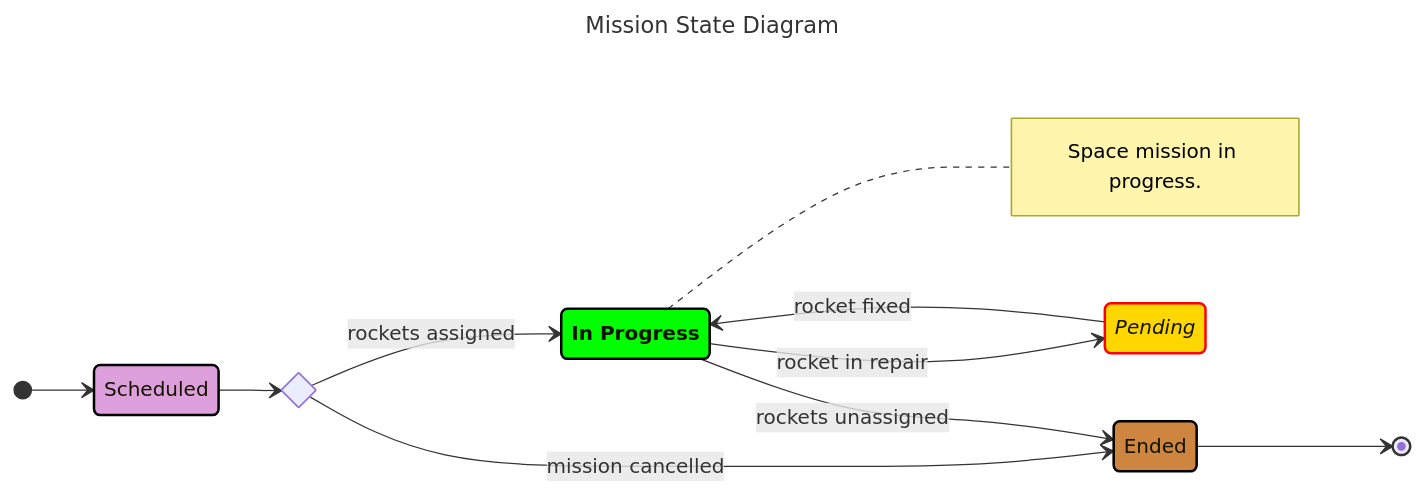
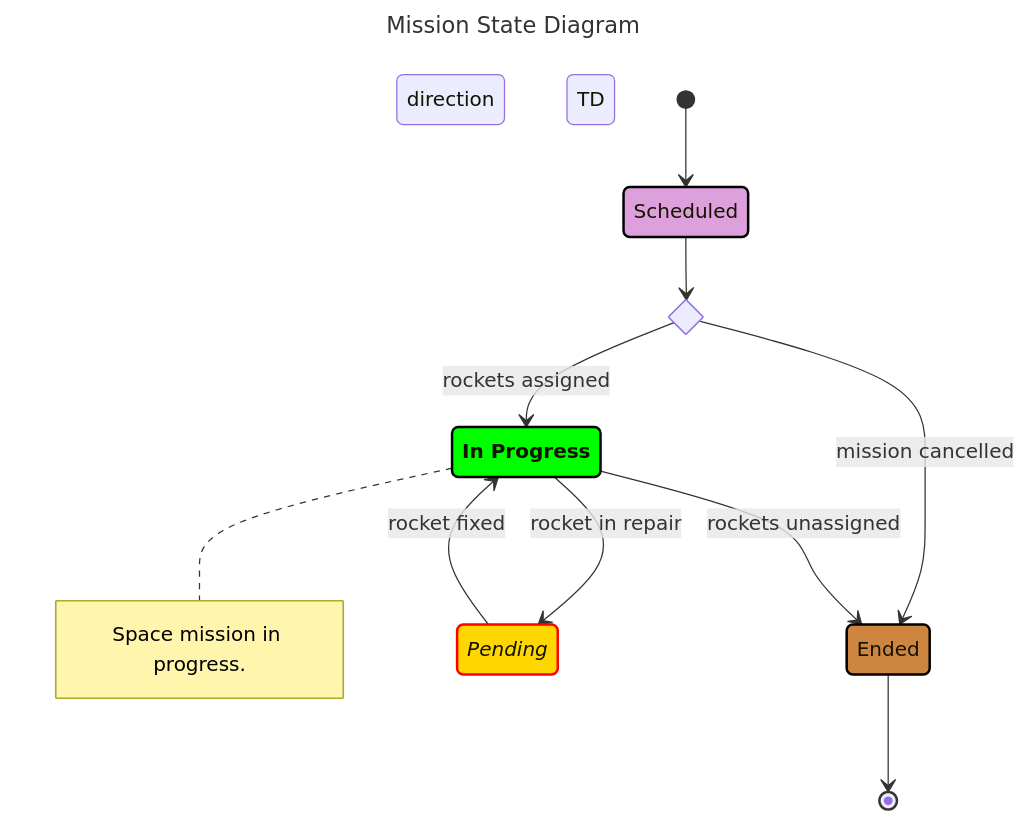
One commit to Ee-Cs/RecruitmentTaskS2 changed the second of 3 diagrams in docs/README.md. Above: the diagram before and after it, drawn with Mermaid.

````diff
--- a/docs/README.md
+++ b/docs/README.md
@@ -47,33 +47,33 @@
 ```mermaid
 ---
 title: Mission State Diagram
 ---
 stateDiagram
-direction LR
+direction TD
 
 %% State definitions
 state "Scheduled" as SCH
 state CHO <<choice>>
 state "In Progress" as PRG
 note right of PRG
   Space mission in progress.
 end note
 state "Pending" as PND
 state "Ended" as END
 
 %% Transitions
 [*] --> SCH:::schedClass
 SCH --> CHO
 CHO --> PRG:::progClass : rockets assigned
 CHO --> END:::endClass : mission cancelled
 PRG --> PND:::pendClass : rocket in repair
 PND --> PRG : rocket fixed
 PRG --> END : rockets unassigned
 END --> [*]
 
 %% Style definitions
 classDef schedClass fill: plum, stroke: #000, stroke-width: 2px
 classDef progClass fill: lime, stroke: #000, stroke-width: 2px,font-weight:bold
 classDef pendClass fill: gold, stroke: #000, stroke-width: 2px, font-style:italic,stroke-width:2px,stroke:red
 classDef endClass fill: peru, stroke: #000, stroke-width: 2px
 ```
````
